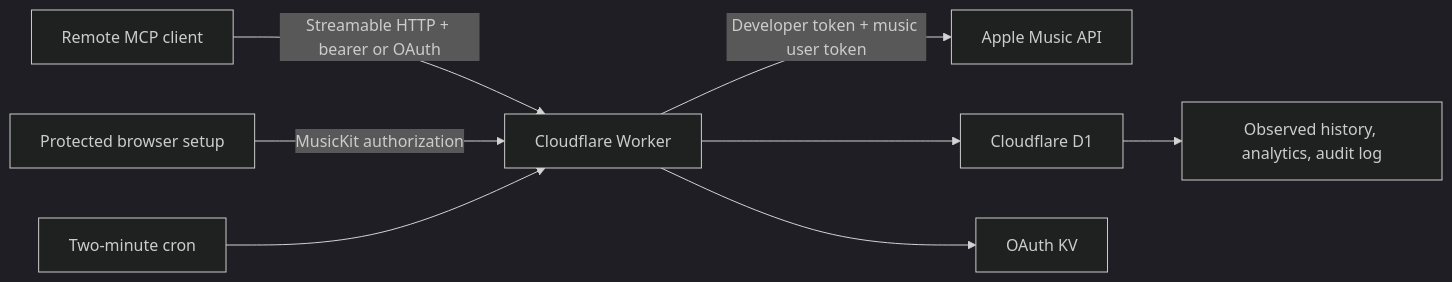
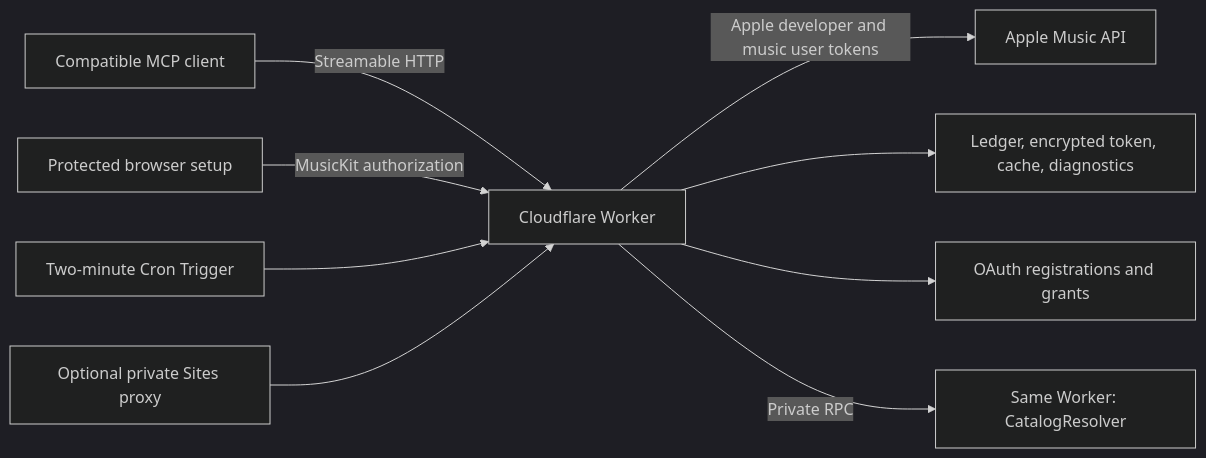
One commit to jordanlein/apple-music-mcp changed the diagram in README.md. Above: the diagram before and after it, drawn with Mermaid (dark theme). The commit also changed other lines of this file and 30 other files, not shown here.

Commit message:
Publish Cloudflare migration, client setup, and reliability updates

````diff
--- a/README.md
+++ b/README.md
@@ -29,10 +23,11 @@
 ```mermaid
 flowchart LR
-    Client["Remote MCP client"] -->|"Streamable HTTP + bearer or OAuth"| Worker["Cloudflare Worker"]
-    Setup["Protected browser setup"] -->|"MusicKit authorization"| Worker
-    Worker -->|"Developer token + music user token"| Apple["Apple Music API"]
-    Worker --> D1["Cloudflare D1"]
-    Worker --> KV["OAuth KV"]
-    Cron["Two-minute cron"] --> Worker
-    D1 --> Data["Observed history, analytics, audit log"]
+    Client[Compatible MCP client] -->|Streamable HTTP| Worker[Cloudflare Worker]
+    Setup[Protected browser setup] -->|MusicKit authorization| Worker
+    Cron[Two-minute Cron Trigger] --> Worker
+    Site[Optional private Sites proxy] --> Worker
+    Worker -->|Apple developer and music user tokens| Apple[Apple Music API]
+    Worker --> D1[Ledger, encrypted token, cache, diagnostics]
+    Worker --> KV[OAuth registrations and grants]
+    Worker -->|Private RPC| Resolver[Same Worker: CatalogResolver]
 ```
````
